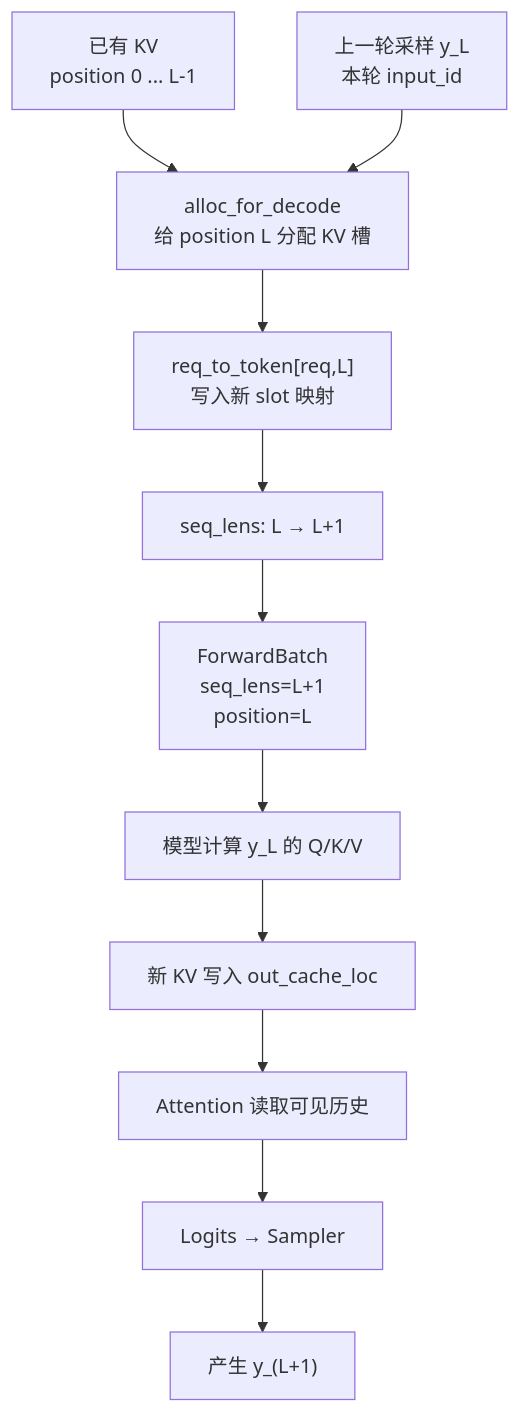
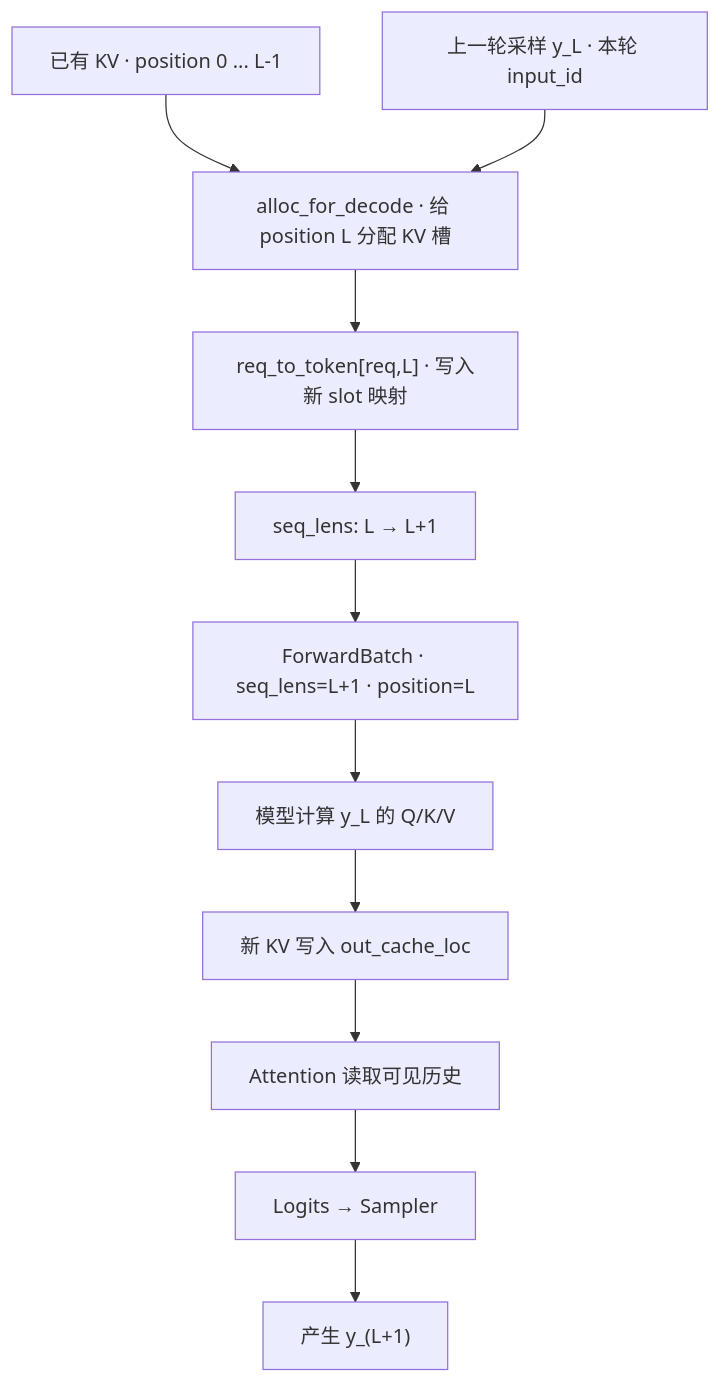
The first of 7 diagrams in docs/fundamentals/sglang-decode-source-reading-primer.md (AkiYangDev/llm-inference-notes), drawn with Mermaid before and after one commit. The commit also changed other lines of this file and 44 other files, not shown here.

```diff
--- a/docs/fundamentals/sglang-decode-source-reading-primer.md
+++ b/docs/fundamentals/sglang-decode-source-reading-primer.md
@@ -54,18 +22,18 @@
 ~~~mermaid
 flowchart TD
-    A["已有 KV<br/>position 0 ... L-1"]
-    B["上一轮采样 y_L<br/>本轮 input_id"]
-    C["alloc_for_decode<br/>给 position L 分配 KV 槽"]
-    D["req_to_token[req,L]<br/>写入新 slot 映射"]
+    A["已有 KV · position 0 ... L-1"]
+    B["上一轮采样 y_L · 本轮 input_id"]
+    C["alloc_for_decode · 给 position L 分配 KV 槽"]
+    D["req_to_token[req,L] · 写入新 slot 映射"]
     E["seq_lens: L → L+1"]
-    F["ForwardBatch<br/>seq_lens=L+1<br/>position=L"]
+    F["ForwardBatch · seq_lens=L+1 · position=L"]
     G["模型计算 y_L 的 Q/K/V"]
     H["新 KV 写入 out_cache_loc"]
     I["Attention 读取可见历史"]
     J["Logits → Sampler"]
     K["产生 y_(L+1)"]
 
     A --> C
     B --> C
     C --> D --> E --> F --> G --> H --> I --> J --> K
 ~~~
```
